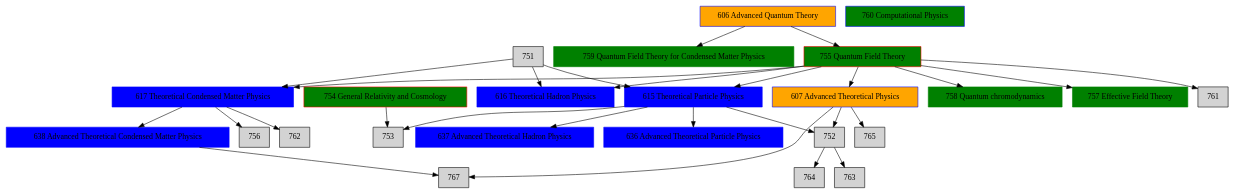
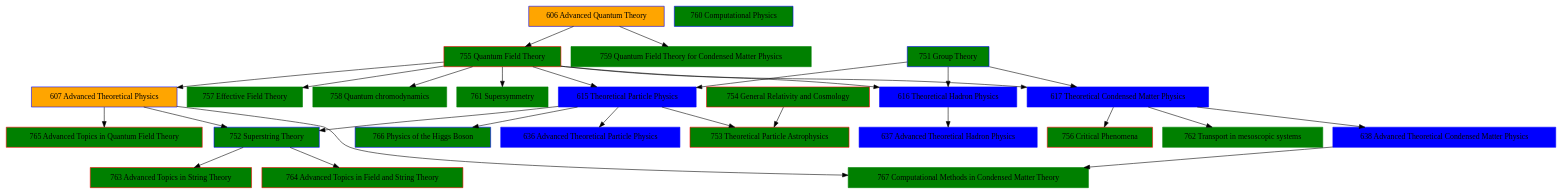
The diagram in Skilltree.dot (martin-ueding/master-of-physics-skilltree), drawn with Graphviz before and after one commit. The commit also changed 1 other file, not shown here.

Commit message:
Finish theoretical part

```diff
--- a/Skilltree.dot
+++ b/Skilltree.dot
@@ -1,41 +1,53 @@
 // Copyright © 2015 Martin Ueding <dev@martin-ueding.de>
 
 digraph {
     node [shape=box style=filled]
 
     606 [label="606 Advanced Quantum Theory" color=blue fillcolor=orange]
     607 [label="607 Advanced Theoretical Physics" color=blue fillcolor=orange]
 
     // Elective lectures
+    751 [label="751 Group Theory" color=blue fillcolor=green]
+    752 [label="752 Superstring Theory" color=blue fillcolor=green]
+    753 [label="753 Theoretical Particle Astrophysics" color=red fillcolor=green]
+    754 [label="754 General Relativity and Cosmology" color=red fillcolor=green]
+    755 [label="755 Quantum Field Theory" color=red fillcolor=green]
+    756 [label="756 Critical Phenomena" color=red fillcolor=green]
+    757 [label="757 Effective Field Theory" color=green fillcolor=green]
+    758 [label="758 Quantum chromodynamics" color=green fillcolor=green]
+    759 [label="759 Quantum Field Theory for Condensed Matter Physics" color=green fillcolor=green]
     760 [label="760 Computational Physics" color=blue fillcolor=green]
-    755 [label="755 Quantum Field Theory" color=red fillcolor=green]
-    758 [label="758 Quantum chromodynamics" color=green fillcolor=green]
-    754 [label="754 General Relativity and Cosmology" color=red fillcolor=green]
-    757 [label="757 Effective Field Theory" color=green fillcolor=green]
-    759 [label="759 Quantum Field Theory for Condensed Matter Physics" color=green fillcolor=green]
+    761 [label="761 Supersymmetry" color=green fillcolor=green]
+    762 [label="762 Transport in mesoscopic systems" color=green fillcolor=green]
+    763 [label="763 Advanced Topics in String Theory" color=red fillcolor=green]
+    764 [label="764 Advanced Topics in Field and String Theory" color=red fillcolor=green]
+    765 [label="765 Advanced Topics in Quantum Field Theory" color=red fillcolor=green]
+    766 [label="766 Physics of the Higgs Boson" color=blue fillcolor=green]
+    767 [label="767 Computational Methods in Condensed Matter Theory" color=green fillcolor=green]
 
     // [label="" color=red fillcolor=green]
 
     // Specialization 1
     615 [label="615 Theoretical Particle Physics" color=blue fillcolor=blue]
     616 [label="616 Theoretical Hadron Physics" color=blue fillcolor=blue]
     617 [label="617 Theoretical Condensed Matter Physics" color=blue fillcolor=blue]
 
     // Specialization 2
     636 [label="636 Advanced Theoretical Particle Physics" color=blue fillcolor=blue]
     637 [label="637 Advanced Theoretical Hadron Physics" color=blue fillcolor=blue]
     638 [label="638 Advanced Theoretical Condensed Matter Physics" color=blue fillcolor=blue]
 
 
     606 -> 755, 759
     751 -> 616, 615, 617
     755 -> 757, 758, 616, 615, 607, 761, 617
     754 -> 753
-    615 -> 753, 637, 636, 752
+    615 -> 753, 636, 752, 766
+    616 -> 637
     617 -> 762, 638, 756
     638 -> 767
     607 -> 752, 765, 767
     752 -> 763, 764
 }
 
 // vim: cindent
```
